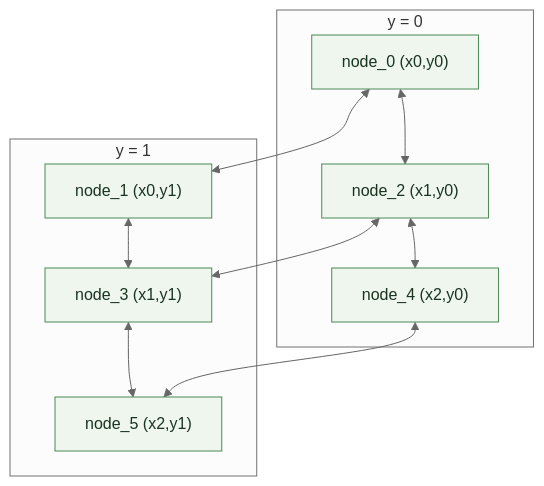
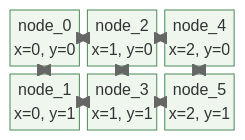
The third of 15 diagrams in hw/spinal/spinalextras/lib/noc/ARCHITECTURE.md (jdavidberger/SpinalHDLExtras), drawn with Mermaid (neutral theme) before and after one commit. The commit also changed other lines of this file, not shown here.

First line of the commit message:
docs(noc): fix mesh/torus grid layout and sequence diagram render error

````diff
--- a/hw/spinal/spinalextras/lib/noc/ARCHITECTURE.md
+++ b/hw/spinal/spinalextras/lib/noc/ARCHITECTURE.md
@@ -114,21 +114,22 @@
 ```mermaid
-flowchart TB
-  classDef node fill:#eef6ee,stroke:#4a8a55,color:#1a3320
-  subgraph "y = 0"
-    N0["node_0 (x0,y0)"]:::node
-    N2["node_2 (x1,y0)"]:::node
-    N4["node_4 (x2,y0)"]:::node
-  end
-  subgraph "y = 1"
-    N1["node_1 (x0,y1)"]:::node
-    N3["node_3 (x1,y1)"]:::node
-    N5["node_5 (x2,y1)"]:::node
-  end
-  N0 <--> N2
-  N2 <--> N4
-  N1 <--> N3
-  N3 <--> N5
-  N0 <--> N1
-  N2 <--> N3
-  N4 <--> N5
+block-beta
+columns 3
+N0["node_0<br/>x=0, y=0"] N2["node_2<br/>x=1, y=0"] N4["node_4<br/>x=2, y=0"]
+N1["node_1<br/>x=0, y=1"] N3["node_3<br/>x=1, y=1"] N5["node_5<br/>x=2, y=1"]
+
+N0 <--> N2
+N2 <--> N4
+N1 <--> N3
+N3 <--> N5
+N0 <--> N1
+N2 <--> N3
+N4 <--> N5
+
+classDef node fill:#eef6ee,stroke:#4a8a55,color:#1a3320
+class N0 node
+class N1 node
+class N2 node
+class N3 node
+class N4 node
+class N5 node
 ```
````
